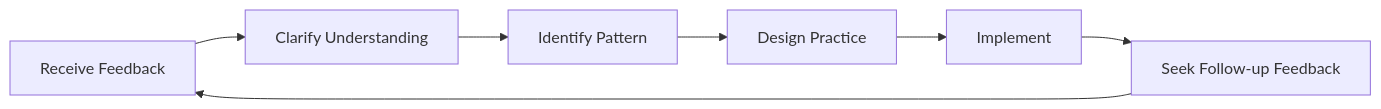
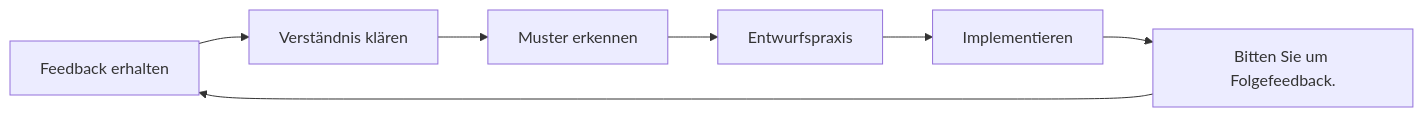
The diagram in docs/de/education/self-awareness/feedback.md (patwii/petanque-academy), drawn with Mermaid before and after one commit. The commit also changed other lines of this file and 550 other files, not shown here.

````diff
--- a/docs/de/education/self-awareness/feedback.md
+++ b/docs/de/education/self-awareness/feedback.md
@@ -164,9 +164,9 @@
 ```mermaid
 flowchart LR
-    A[Receive Feedback] --> B[Clarify Understanding]
-    B --> C[Identify Pattern]
-    C --> D[Design Practice]
-    D --> E[Implement]
-    E --> F[Seek Follow-up Feedback]
+    A[Feedback erhalten] --> B[Verständnis klären]
+    B --> C[Muster erkennen]
+    C --> D[Entwurfspraxis]
+    D --> E[Implementieren]
+    E --> F[Bitten Sie um Folgefeedback.]
     F --> A
 ```
````
